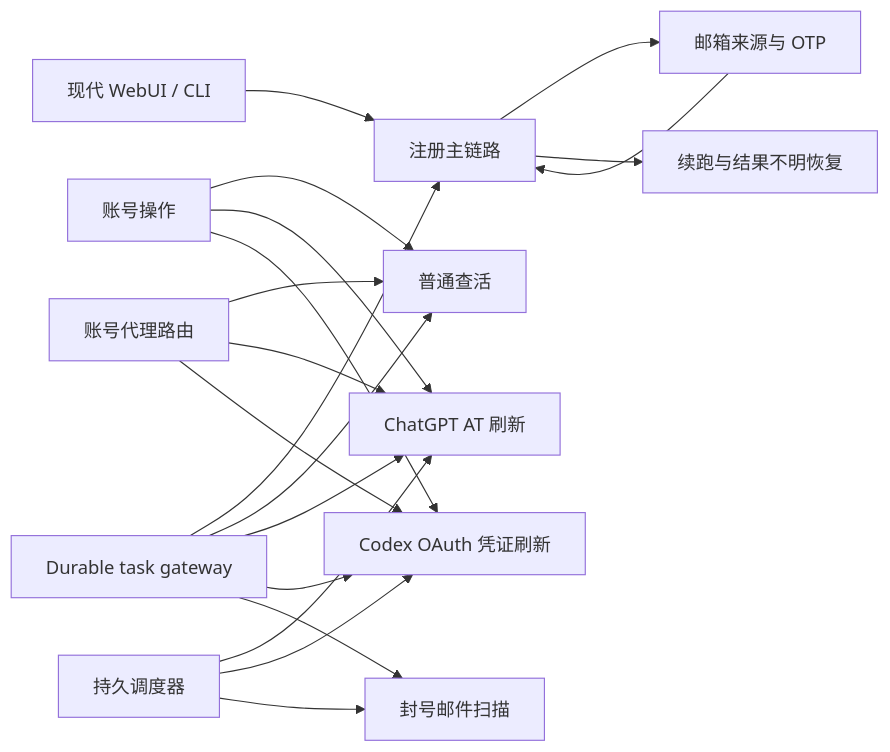
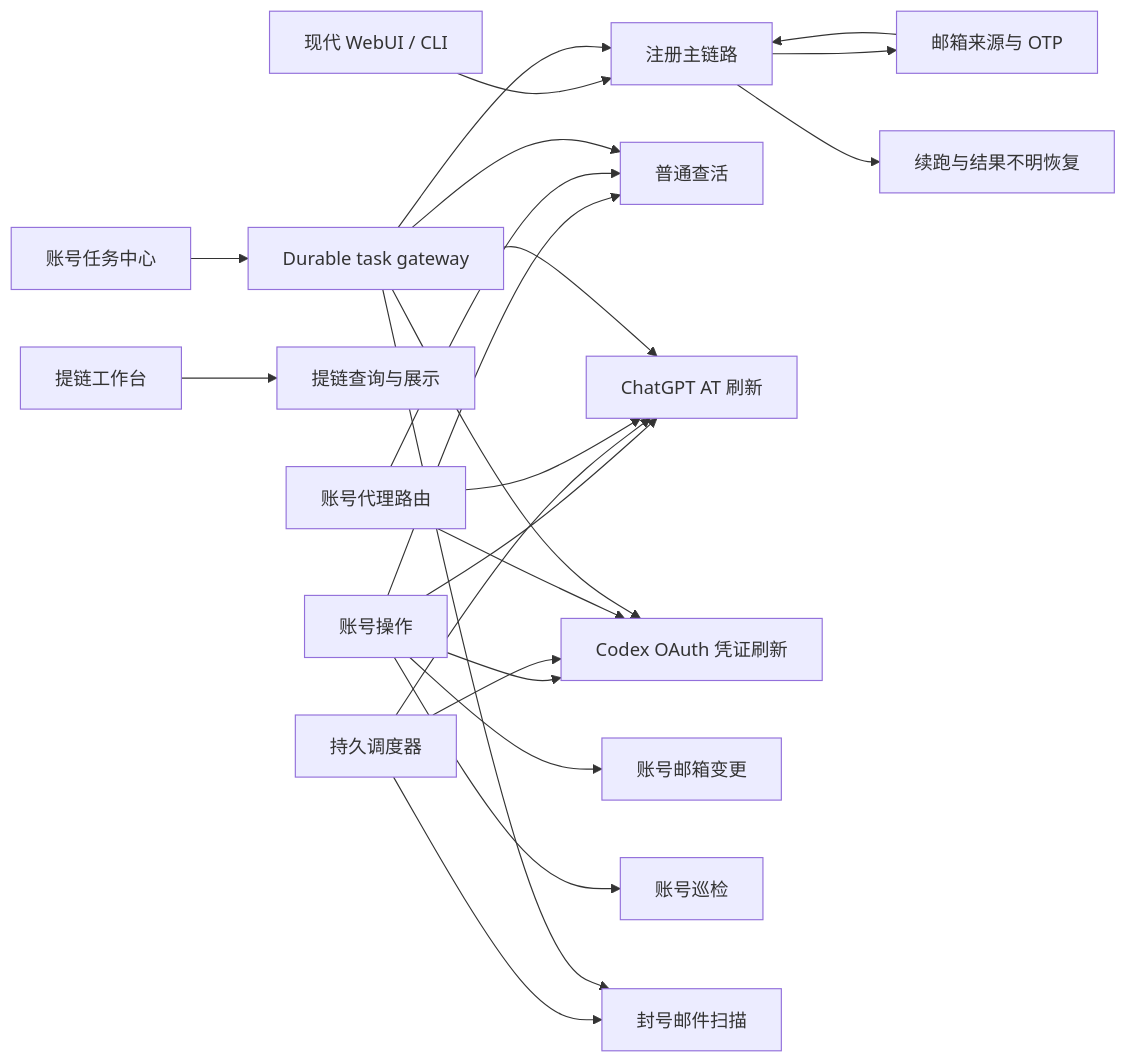
Before and after one commit to leeseven1211/turb-gpt-free-register: the diagram in docs/architecture/functional-map.md, drawn with Mermaid. The commit also changed other lines of this file and 6 other files, not shown here.

````diff
--- a/docs/architecture/functional-map.md
+++ b/docs/architecture/functional-map.md
@@ -9,21 +9,25 @@
 ```mermaid
 flowchart LR
   UI[现代 WebUI / CLI] --> REG[注册主链路]
   REG --> MAIL[邮箱来源与 OTP]
   REG --> RESUME[续跑与结果不明恢复]
   ACCOUNT[账号操作] --> LIVE[普通查活]
   ACCOUNT --> AT[ChatGPT AT 刷新]
   ACCOUNT --> CODEX[Codex OAuth 凭证刷新]
+  ACCOUNT --> EMAILCHANGE[账号邮箱变更]
+  ACCOUNT --> INSPECT[账号巡检]
+  WORKBENCH[提链工作台] --> EXTRACT[提链查询与展示]
+  TASKCENTER[账号任务中心] --> TASK
   MAIL --> REG
   SCHED[持久调度器] --> AT
   SCHED --> CODEX
   SCHED --> DEACT[封号邮件扫描]
   PROXY[账号代理路由] --> LIVE
   PROXY --> AT
   PROXY --> CODEX
   TASK[Durable task gateway] --> REG
   TASK --> LIVE
   TASK --> AT
   TASK --> CODEX
   TASK --> DEACT
 ```
````
